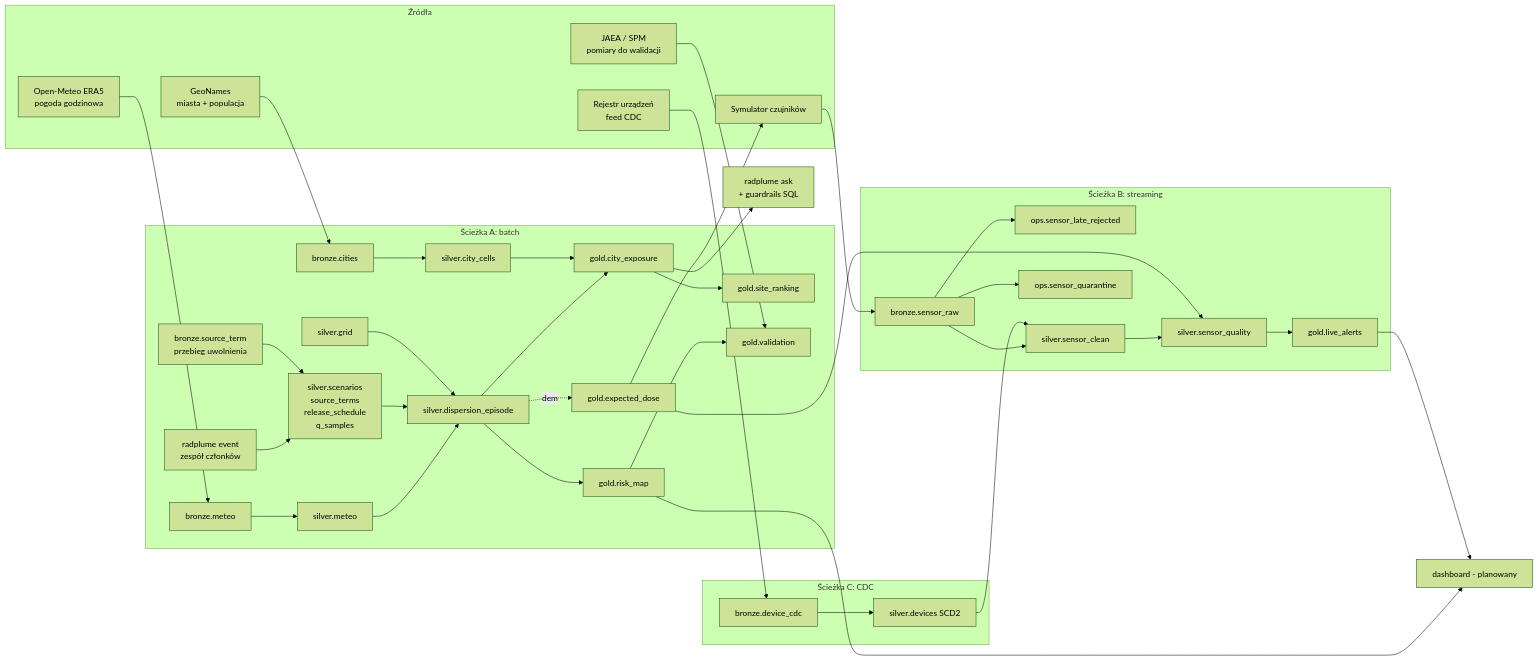
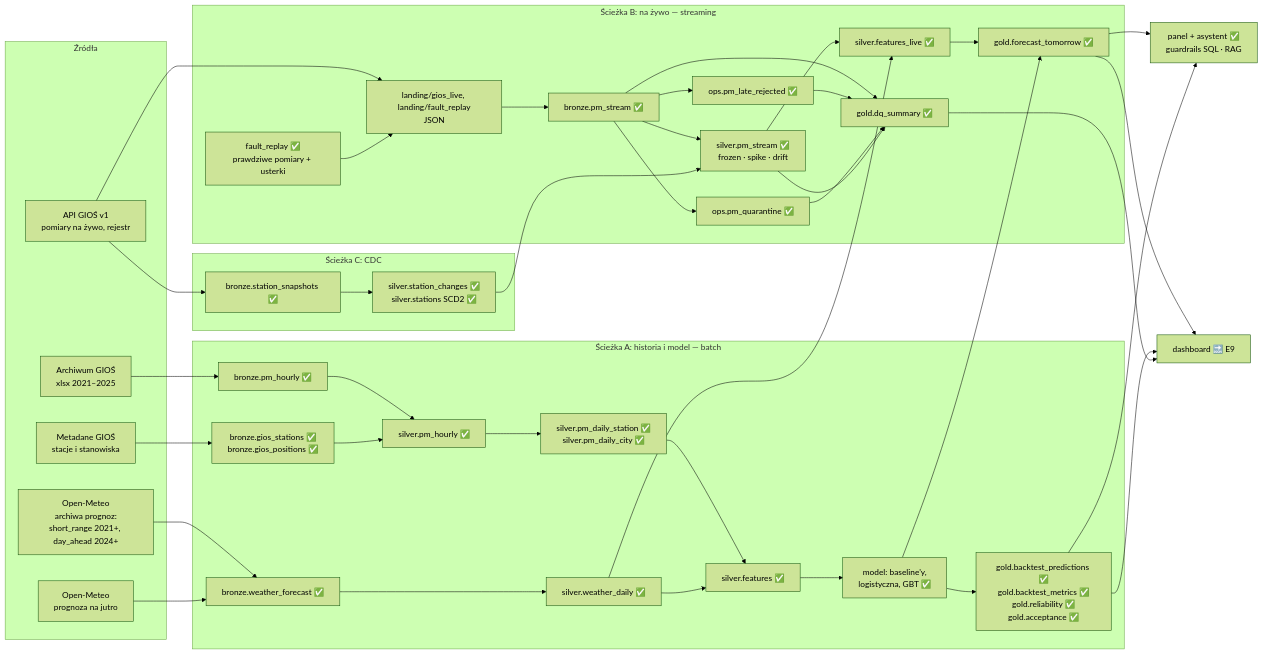
One commit to adamalama151212-code/DEMO changed the first of 6 diagrams in docs/ARCHITECTURE.md. Above: the diagram before and after it, drawn with Mermaid (forest theme). The commit also changed other lines of this file and 215 other files, not shown here.

````diff
--- a/docs/ARCHITECTURE.md
+++ b/docs/ARCHITECTURE.md
@@ -63,51 +23,63 @@
 ```mermaid
 flowchart LR
     subgraph src[Źródła]
-        OM[Open-Meteo ERA5<br/>pogoda godzinowa]
-        GN[GeoNames<br/>miasta + populacja]
-        JAEA[JAEA / SPM<br/>pomiary do walidacji]
-        SIM[Symulator czujników]
-        REG[Rejestr urządzeń<br/>feed CDC]
+        ARCH[Archiwum GIOŚ<br/>xlsx 2021–2025]
+        META[Metadane GIOŚ<br/>stacje i stanowiska]
+        API[API GIOŚ v1<br/>pomiary na żywo, rejestr]
+        OMH[Open-Meteo<br/>archiwa prognoz:<br/>short_range 2021+, day_ahead 2024+]
+        OML[Open-Meteo<br/>prognoza na jutro]
     end
 
-    subgraph A[Ścieżka A: batch]
-        BM[bronze.meteo] --> SM[silver.meteo]
-        BC[bronze.cities] --> CC[silver.city_cells]
-        SM --> DISP[silver.dispersion_episode]
-        SC[silver.scenarios<br/>source_terms<br/>release_schedule<br/>q_samples] --> DISP
-        EV[radplume event<br/>zespół członków] --> SC
-        ST[bronze.source_term<br/>przebieg uwolnienia] --> SC
-        G[silver.grid] --> DISP
-        DISP --> RM[gold.risk_map]
-        DISP --> CE[gold.city_exposure]
-        CC --> CE
-        CE --> SR[gold.site_ranking]
-        RM --> VAL[gold.validation]
-        DISP -.demo.-> ED[gold.expected_dose]
+    subgraph A[Ścieżka A: historia i model — batch]
+        BPM[bronze.pm_hourly ✅]
+        BST[bronze.gios_stations ✅<br/>bronze.gios_positions ✅]
+        BWF[bronze.weather_forecast ✅]
+        SPM[silver.pm_hourly ✅]
+        SPD[silver.pm_daily_station ✅<br/>silver.pm_daily_city ✅]
+        SWD[silver.weather_daily ✅]
+        SF[silver.features ✅]
+        MOD[model: baseline'y,<br/>logistyczna, GBT ✅]
+        GBT[gold.backtest_predictions ✅<br/>gold.backtest_metrics ✅<br/>gold.reliability ✅<br/>gold.acceptance ✅]
     end
 
-    subgraph B[Ścieżka B: streaming]
-        RAW[bronze.sensor_raw] --> LATE[ops.sensor_late_rejected]
-        RAW --> CLEAN[silver.sensor_clean]
-        RAW --> QUAR[ops.sensor_quarantine]
-        CLEAN --> QUAL[silver.sensor_quality]
-        QUAL --> AL[gold.live_alerts]
+    subgraph B[Ścieżka B: na żywo — streaming]
+        FR[fault_replay ✅<br/>prawdziwe pomiary + usterki]
+        LND[landing/gios_live, landing/fault_replay<br/>JSON]
+        BLV[bronze.pm_stream ✅]
+        LATE[ops.pm_late_rejected ✅]
+        QUAR[ops.pm_quarantine ✅]
+        SST[silver.pm_stream ✅<br/>frozen · spike · drift]
+        SFL[silver.features_live ✅]
+        GFC[gold.forecast_tomorrow ✅]
+        GDQ[gold.dq_summary ✅]
     end
 
     subgraph C[Ścieżka C: CDC]
-        BCDC[bronze.device_cdc] --> DEV[silver.devices SCD2]
+        SNAP[bronze.station_snapshots ✅]
+        SCD[silver.station_changes ✅<br/>silver.stations SCD2 ✅]
     end
 
-    OM --> BM
-    GN --> BC
-    JAEA --> VAL
-    SIM --> RAW
-    REG --> BCDC
-    ED --> SIM
-    ED --> QUAL
-    DEV --> CLEAN
+    ARCH --> BPM --> SPM --> SPD --> SF
+    META --> BST --> SPM
+    OMH --> BWF --> SWD --> SF
+    SF --> MOD --> GBT
+    API --> LND
+    FR --> LND
+    LND --> BLV
+    BLV --> LATE
+    BLV --> QUAR
+    BLV --> SST
+    API --> SNAP --> SCD --> SST
+    SST --> SFL
+    OML --> BWF
+    SWD --> SFL
+    SFL --> GFC
+    MOD --> GFC
+    BLV & LATE & QUAR & SST --> GDQ
 
-    CE --> APP[radplume ask<br/>+ guardrails SQL]
-    RM --> DASH[dashboard - planowany]
-    AL --> DASH
+    GFC --> APP[panel + asystent ✅<br/>guardrails SQL · RAG]
+    GBT --> APP
+    GFC --> DASH[dashboard 🔜 E9]
+    GBT --> DASH
+    GDQ --> DASH
 ```
````
